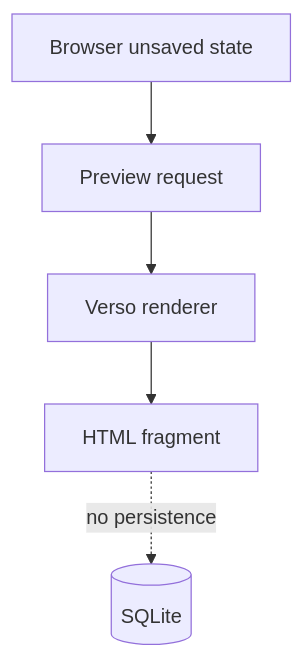
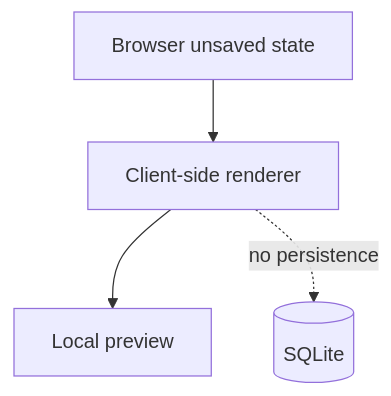
The third of 4 diagrams in docs/design/editor.md (Natoandro/verso), drawn with Mermaid before and after one commit. The commit also changed other lines of this file and 7 other files, not shown here.

````diff
--- a/docs/design/editor.md
+++ b/docs/design/editor.md
@@ -130,7 +139,6 @@
 ```mermaid
 flowchart TB
-    state["Browser unsaved state"] --> request["Preview request"]
-    request --> renderer["Verso renderer"]
-    renderer --> fragment["HTML fragment"]
-    fragment -. no persistence .-> sqlite[("SQLite")]
+    state["Browser unsaved state"] --> renderer["Client-side renderer"]
+    renderer --> fragment["Local preview"]
+    renderer -. no persistence .-> sqlite[("SQLite")]
 ```
````
